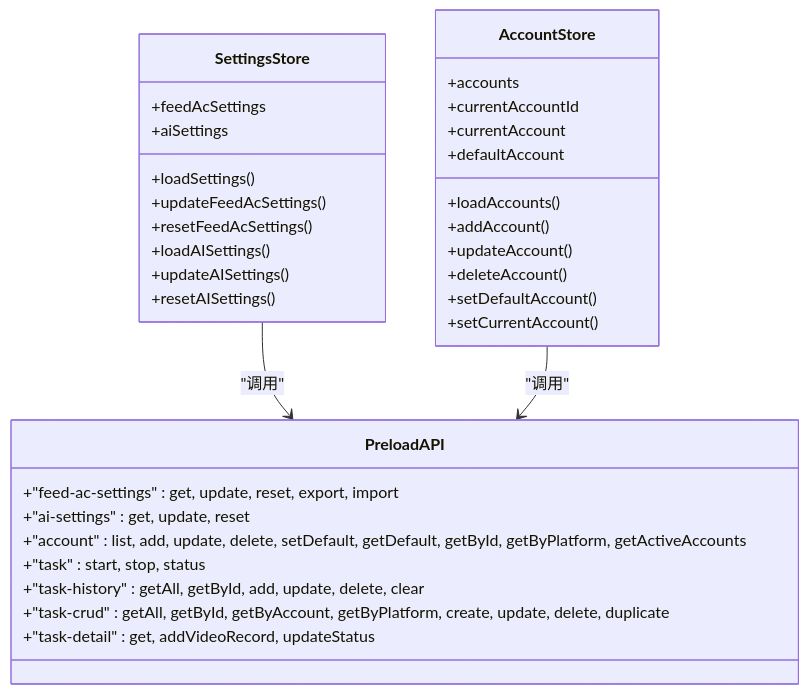
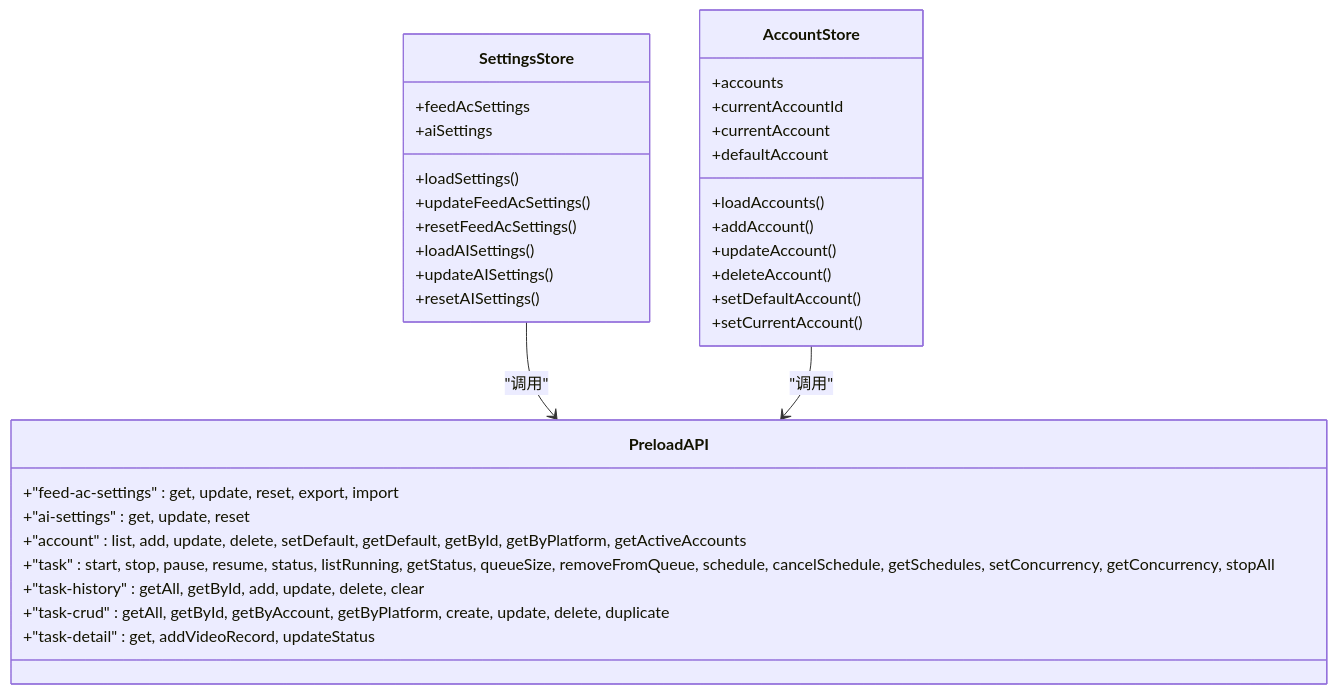
The seventh of 8 diagrams in .qoder/repowiki/zh/content/工具和实用程序/本地存储管理.md (hipig/autoOps), drawn with Mermaid before and after one commit. The commit also changed other lines of this file and 37 other files, not shown here.

````diff
--- a/.qoder/repowiki/zh/content/工具和实用程序/本地存储管理.md
+++ b/.qoder/repowiki/zh/content/工具和实用程序/本地存储管理.md
@@ -313,36 +293,36 @@
 ```mermaid
 classDiagram
 class SettingsStore {
 +feedAcSettings
 +aiSettings
 +loadSettings()
 +updateFeedAcSettings()
 +resetFeedAcSettings()
 +loadAISettings()
 +updateAISettings()
 +resetAISettings()
 }
 class AccountStore {
 +accounts
 +currentAccountId
 +currentAccount
 +defaultAccount
 +loadAccounts()
 +addAccount()
 +updateAccount()
 +deleteAccount()
 +setDefaultAccount()
 +setCurrentAccount()
 }
 class PreloadAPI {
 +"feed-ac-settings" : get, update, reset, export, import
 +"ai-settings" : get, update, reset
 +"account" : list, add, update, delete, setDefault, getDefault, getById, getByPlatform, getActiveAccounts
-+"task" : start, stop, status
++"task" : start, stop, pause, resume, status, listRunning, getStatus, queueSize, removeFromQueue, schedule, cancelSchedule, getSchedules, setConcurrency, getConcurrency, stopAll
 +"task-history" : getAll, getById, add, update, delete, clear
 +"task-crud" : getAll, getById, getByAccount, getByPlatform, create, update, delete, duplicate
 +"task-detail" : get, addVideoRecord, updateStatus
 }
 SettingsStore --> PreloadAPI : "调用"
 AccountStore --> PreloadAPI : "调用"
 ```
````
